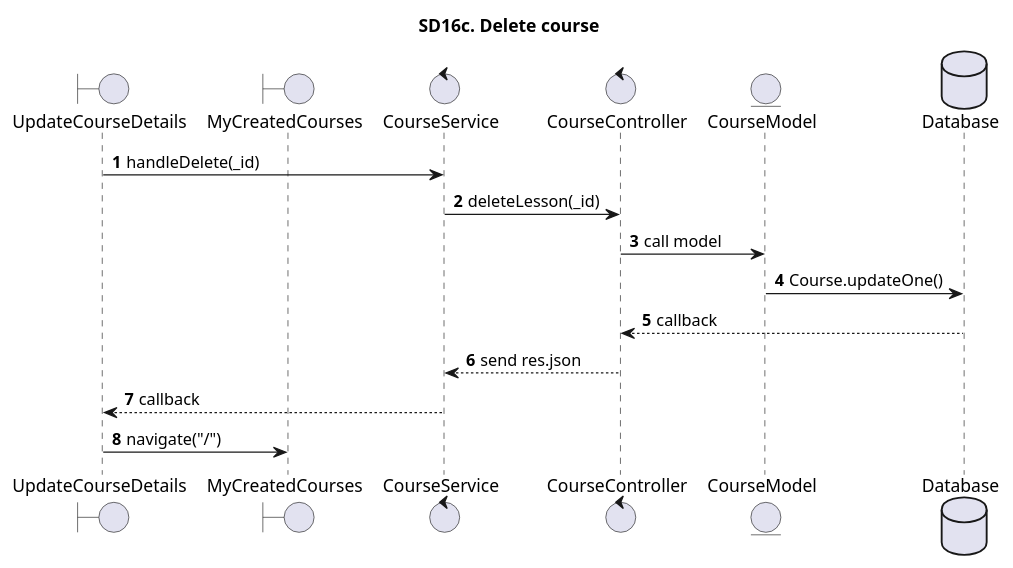
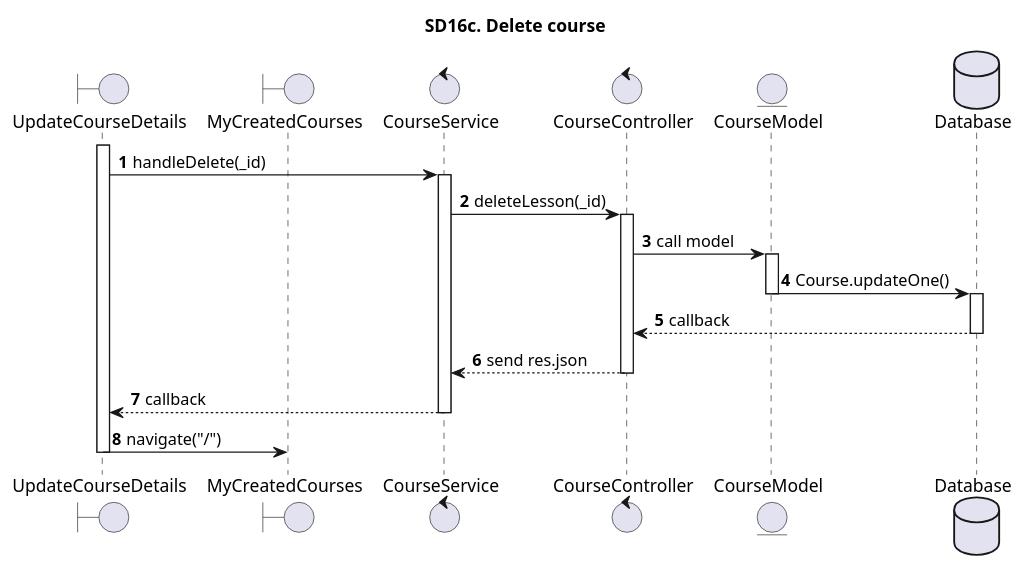
Before and after one commit to The-Cookies-Team/UML-Diagrams: the diagram in SequenceDiagrams/CNPMHDT/New/sd16c.puml, drawn with PlantUML. The commit also changed 12 other files, not shown here.

```diff
--- a/SequenceDiagrams/CNPMHDT/New/sd16c.puml
+++ b/SequenceDiagrams/CNPMHDT/New/sd16c.puml
@@ -1,23 +1,33 @@
 @startuml SQ
 
 autonumber
 
 title SD16c. Delete course
 
 boundary "UpdateCourseDetails"
 boundary "MyCreatedCourses"
 control "CourseService"
 control "CourseController"
 entity "CourseModel"
 database "Database"
 
+activate UpdateCourseDetails
 UpdateCourseDetails -> CourseService: handleDelete(_id)
+activate CourseService
 CourseService -> CourseController: deleteLesson(_id)
+activate CourseController
 CourseController -> CourseModel: call model
+activate CourseModel
 CourseModel -> Database: Course.updateOne()
+deactivate CourseModel
+activate Database
 Database --> CourseController: callback
+deactivate Database
 CourseController --> CourseService: send res.json
+deactivate CourseController
 CourseService --> UpdateCourseDetails: callback
+deactivate CourseService
 UpdateCourseDetails -> MyCreatedCourses: navigate("/")
+deactivate UpdateCourseDetails
 
 @enduml
```
